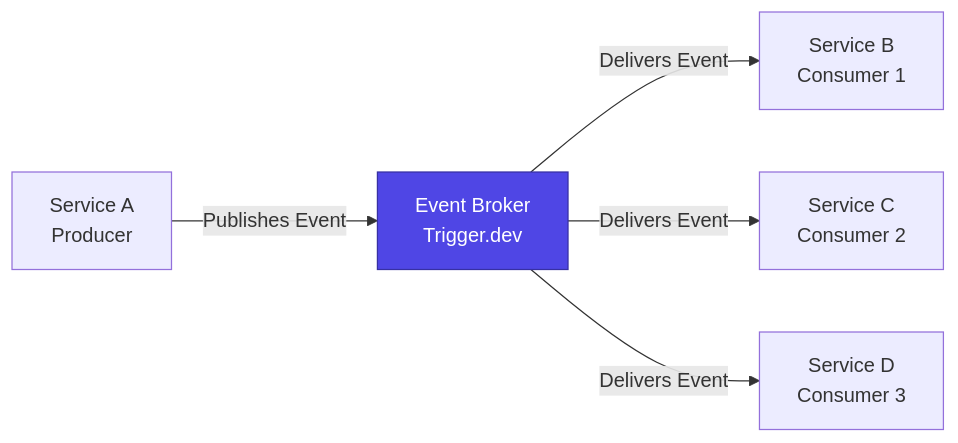
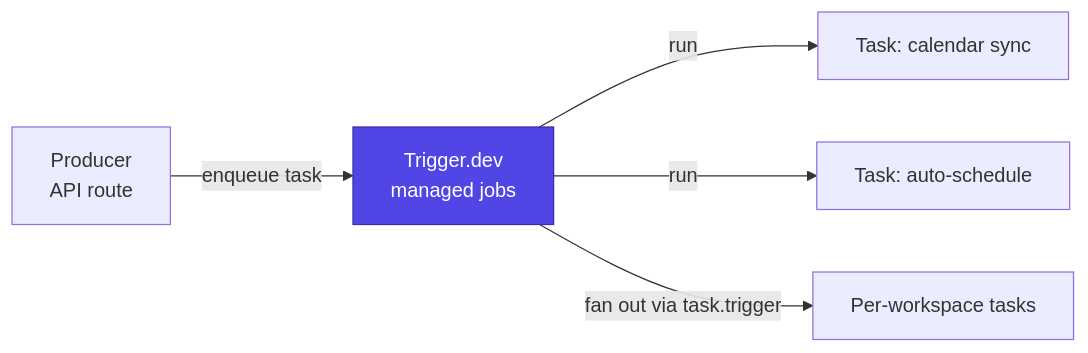
The diagram in apps/docs/platform/architecture/system-design/event-driven-architecture.mdx (mad-code333/tuturu), drawn with Mermaid before and after one commit. The commit also changed other lines of this file and 27 other files, not shown here.

First line of the commit message:
docs: refresh architecture, system-design, and api-reference pages

````diff
--- a/apps/docs/platform/architecture/system-design/event-driven-architecture.mdx
+++ b/apps/docs/platform/architecture/system-design/event-driven-architecture.mdx
@@ -13,9 +40,9 @@
 ```mermaid
 graph LR
-    A[Service A<br/>Producer] -->|Publishes Event| B[Event Broker<br/>Trigger.dev]
-    B -->|Delivers Event| C[Service B<br/>Consumer 1]
-    B -->|Delivers Event| D[Service C<br/>Consumer 2]
-    B -->|Delivers Event| E[Service D<br/>Consumer 3]
+    A[Producer<br/>API route] -->|enqueue task| B[Trigger.dev<br/>managed jobs]
+    B -->|run| C[Task: calendar sync]
+    B -->|run| D[Task: auto-schedule]
+    B -->|fan out via task.trigger| E[Per-workspace tasks]
 
     style B fill:#4f46e5,stroke:#3730a3,color:#fff
 ```
````
